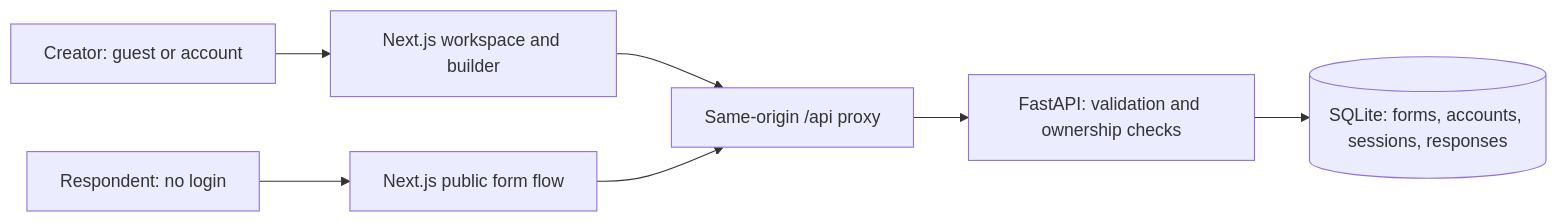
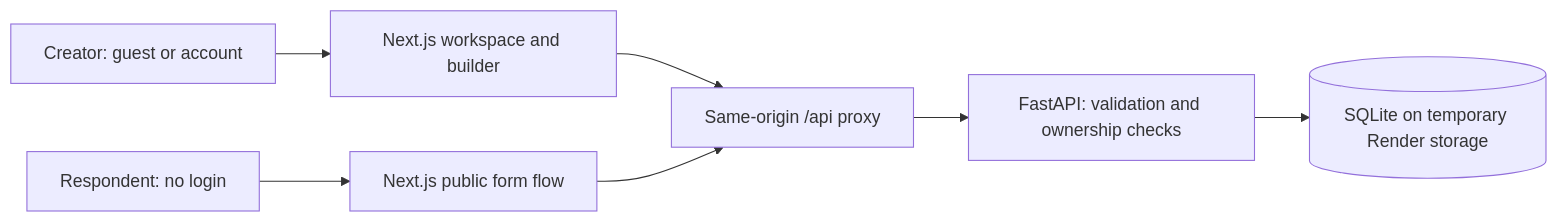
The diagram in README.md (kartikjuneja05/scalar-ai-typeform-clone), drawn with Mermaid before and after one commit. The commit also changed other lines of this file, not shown here.

````diff
--- a/README.md
+++ b/README.md
@@ -110,9 +110,9 @@
 ```mermaid
 flowchart LR
     C[Creator: guest or account] --> N[Next.js workspace and builder]
     R[Respondent: no login] --> F[Next.js public form flow]
     N --> P[Same-origin /api proxy]
     F --> P
     P --> A[FastAPI: validation and ownership checks]
-    A --> D[(SQLite: forms, accounts, sessions, responses)]
+    A --> D[(SQLite on temporary Render storage)]
 ```
````
